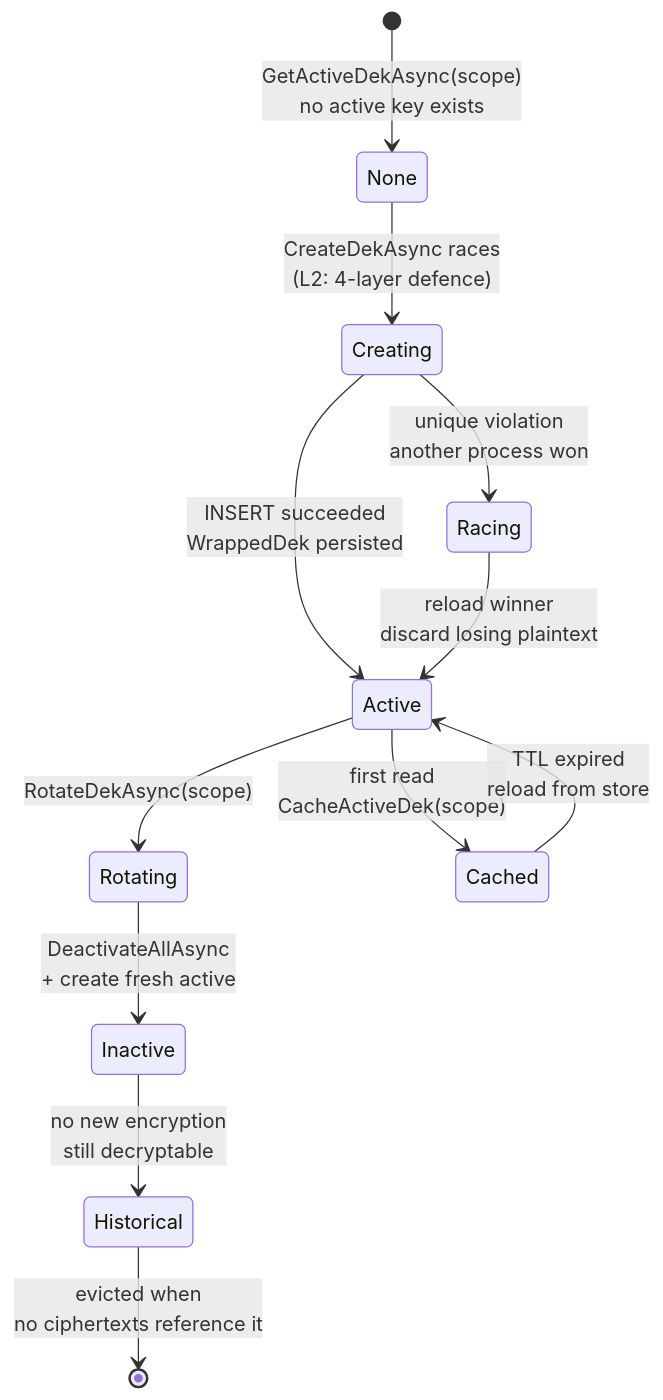
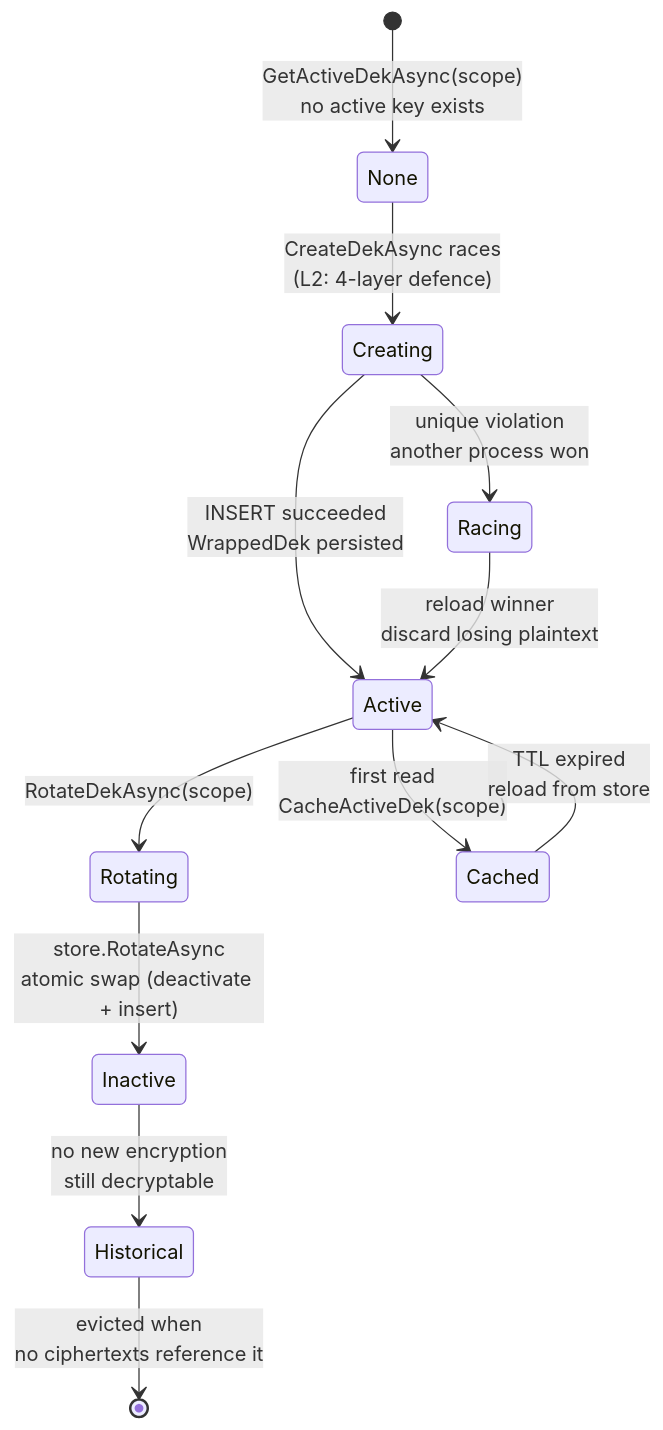
Before and after one commit to OkaySire/vellum: the third of 4 diagrams in docs/architecture.md, drawn with Mermaid. The commit also changed other lines of this file and 12 other files, not shown here.

````diff
--- a/docs/architecture.md
+++ b/docs/architecture.md
@@ -104,14 +116,14 @@
 ```mermaid
 stateDiagram-v2
     [*] --> None: GetActiveDekAsync(scope)<br/>no active key exists
     None --> Creating: CreateDekAsync races<br/>(L2: 4-layer defence)
     Creating --> Active: INSERT succeeded<br/>WrappedDek persisted
     Creating --> Racing: unique violation<br/>another process won
     Racing --> Active: reload winner<br/>discard losing plaintext
     Active --> Rotating: RotateDekAsync(scope)
-    Rotating --> Inactive: DeactivateAllAsync<br/>+ create fresh active
+    Rotating --> Inactive: store.RotateAsync<br/>atomic swap (deactivate + insert)
     Inactive --> Historical: no new encryption<br/>still decryptable
     Historical --> [*]: evicted when<br/>no ciphertexts reference it
     Active --> Cached: first read<br/>CacheActiveDek(scope)
     Cached --> Active: TTL expired<br/>reload from store
 ```
````
